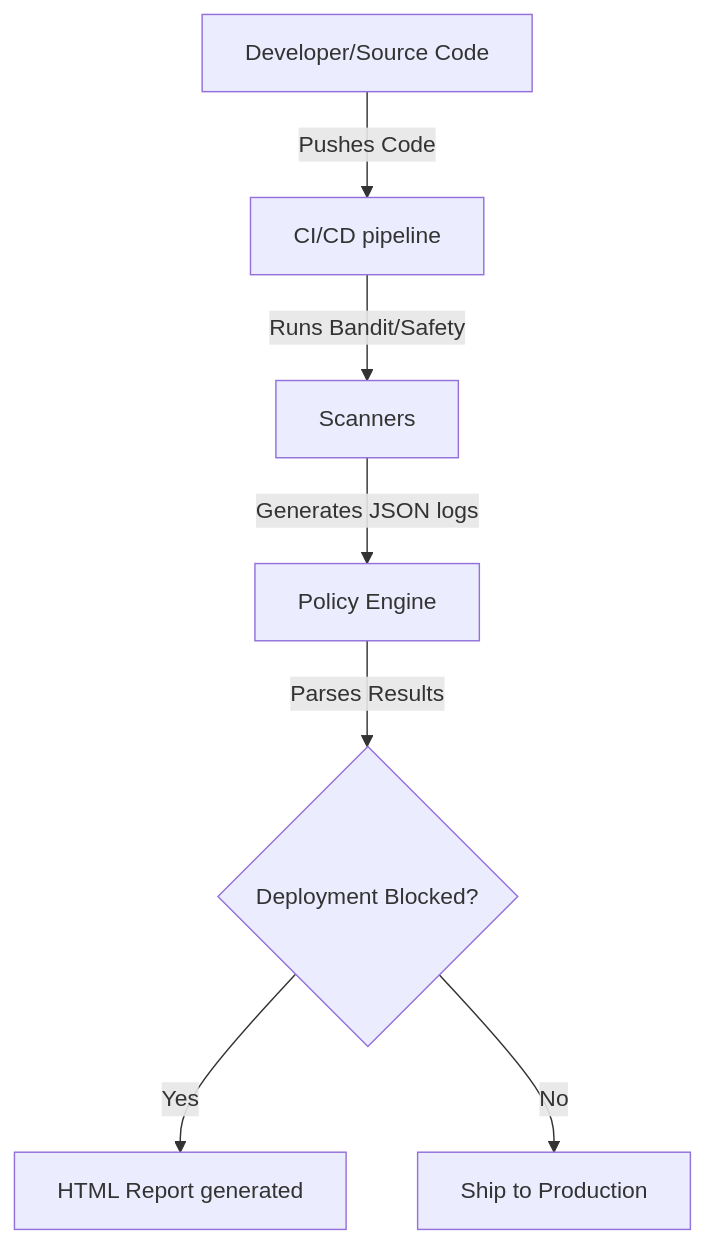
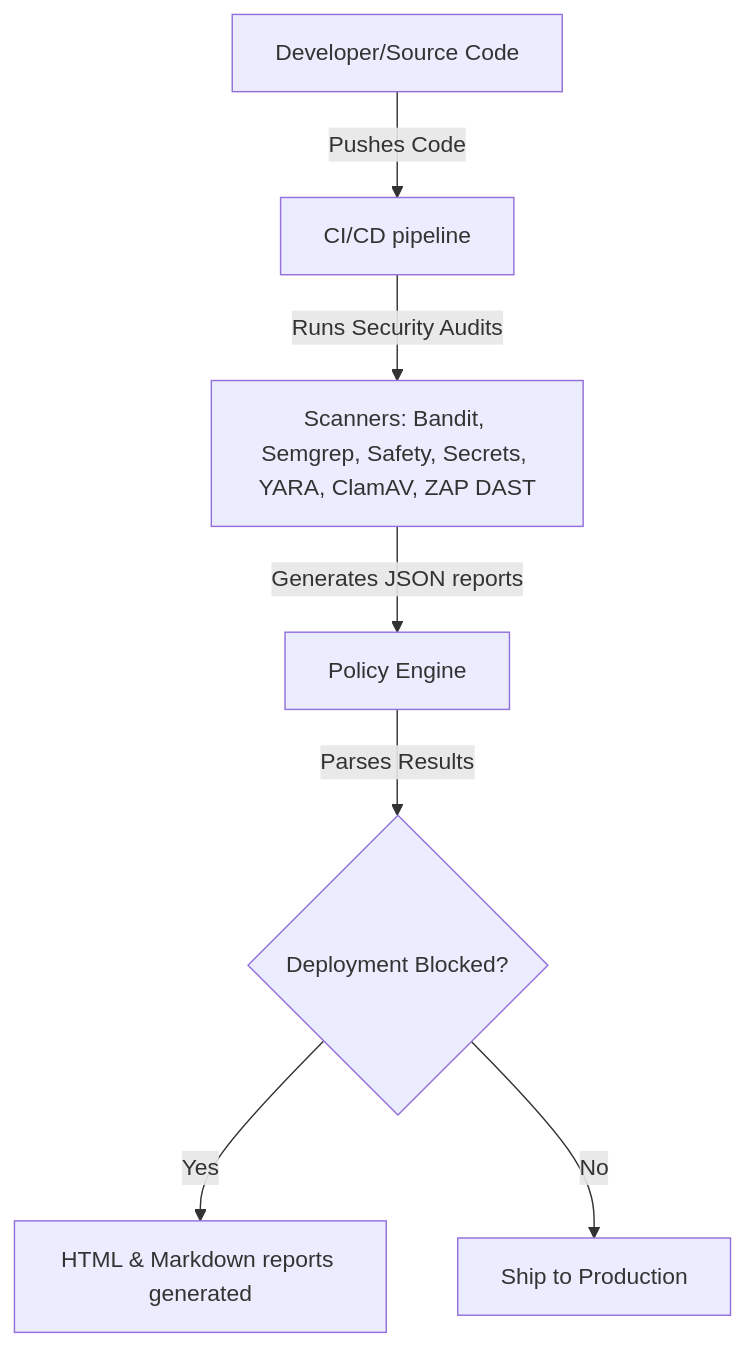
Before and after one commit to huslenine999/aegis: the diagram in README.md, drawn with Mermaid. The commit also changed other lines of this file and 19 other files, not shown here.

Commit message:
Feat: Complete Phase 1-3 Aegis DevSecOps console integration including SAST, DAST, secrets, YARA, SBOM, dependency graph, ClamAV, and documentation updates

````diff
--- a/README.md
+++ b/README.md
@@ -20,9 +20,9 @@
 ```mermaid
 graph TD
     Dev[Developer/Source Code] -->|Pushes Code| CI[CI/CD pipeline]
-    CI -->|Runs Bandit/Safety| Scan[Scanners]
-    Scan -->|Generates JSON logs| Engine[Policy Engine]
+    CI -->|Runs Security Audits| Scan[Scanners: Bandit, Semgrep, Safety, Secrets, YARA, ClamAV, ZAP DAST]
+    Scan -->|Generates JSON reports| Engine[Policy Engine]
     Engine -->|Parses Results| Decision{Deployment Blocked?}
-    Decision -->|Yes| Report[HTML Report generated]
+    Decision -->|Yes| Report[HTML & Markdown reports generated]
     Decision -->|No| Deploy[Ship to Production]
 ```
````
